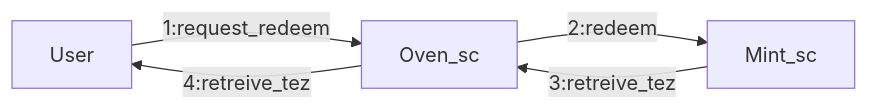
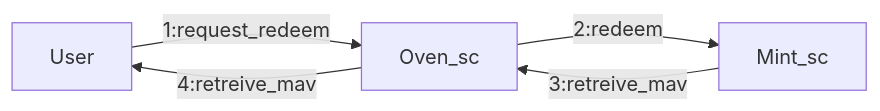
Before and after one commit to mavryk-network/LIGO: the second of 2 diagrams in src/test/contracts/lsp/completion_files/.ligo/source/i/ligo_breathalyzer__1.5.0__ffffffff/examples/ticket_factory/README.md, drawn with Mermaid. The commit also changed 5422 other files, not shown here.

````diff
--- a/src/test/contracts/lsp/completion_files/.ligo/source/i/ligo_breathalyzer__1.5.0__ffffffff/examples/ticket_factory/README.md
+++ b/src/test/contracts/lsp/completion_files/.ligo/source/i/ligo_breathalyzer__1.5.0__ffffffff/examples/ticket_factory/README.md
@@ -41,11 +41,11 @@
 ```mermaid
 flowchart LR
     User
     Oven_sc
     Mint_sc
 
     User-- 1:request_redeem --> Oven_sc
     Oven_sc-- 2:redeem --> Mint_sc
-    Mint_sc-- 3:retreive_tez --> Oven_sc
-    Oven_sc-- 4:retreive_tez --> User
+    Mint_sc-- 3:retreive_mav --> Oven_sc
+    Oven_sc-- 4:retreive_mav --> User
 ```
````
